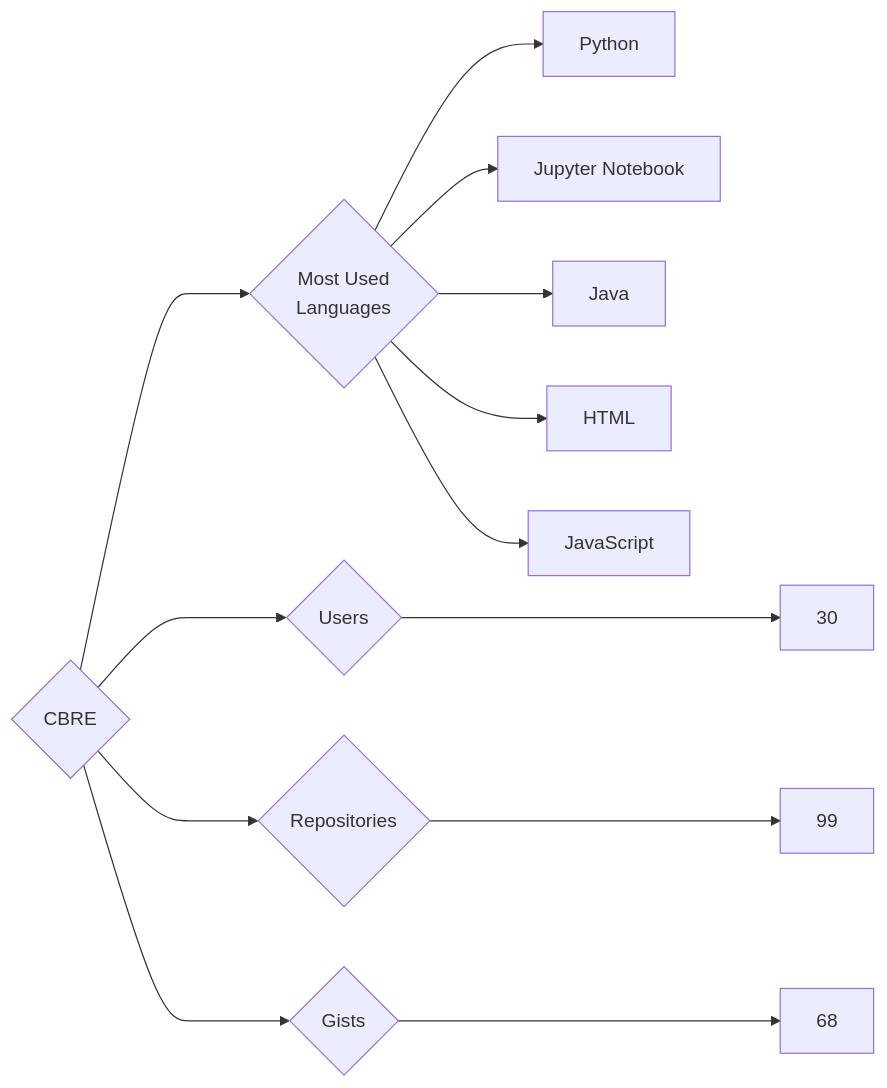
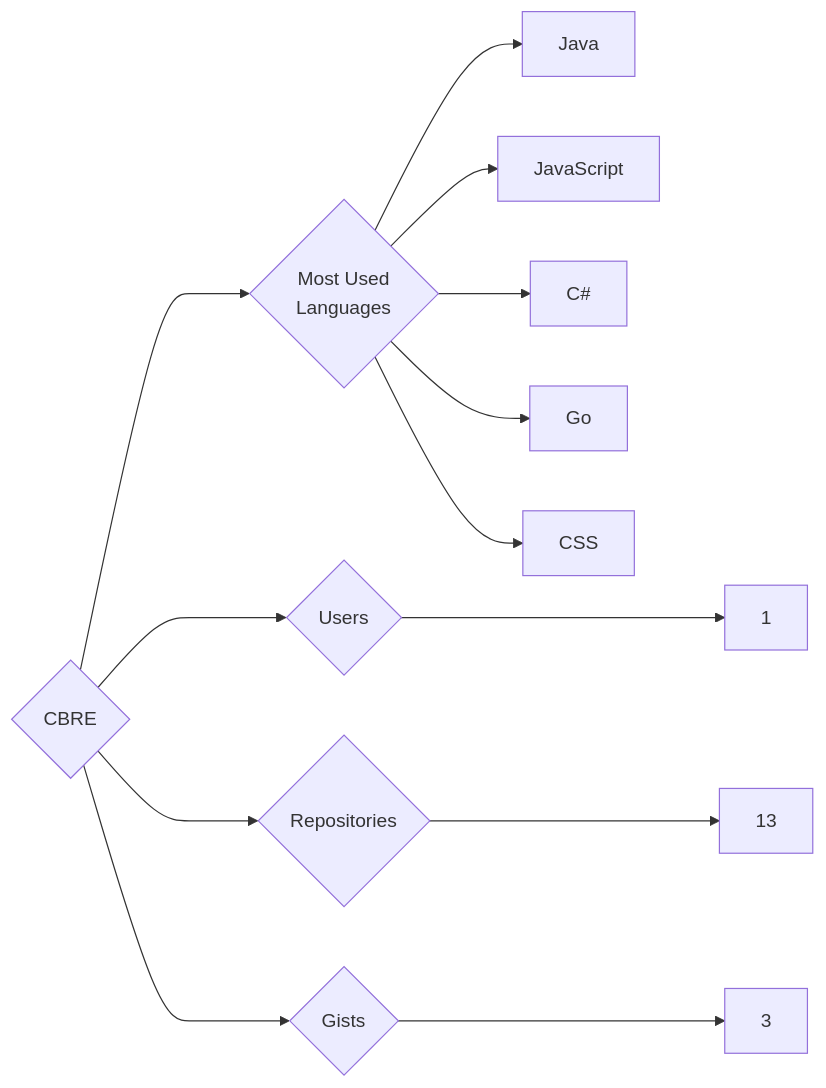
The diagram in targets/CBRE/README.md (trickest/insiders), drawn with Mermaid before and after one commit. The commit also changed 723 other files, not shown here.

````diff
--- a/targets/CBRE/README.md
+++ b/targets/CBRE/README.md
@@ -3,13 +3,13 @@
 ```mermaid
 graph LR
 COMPANY_NAME{CBRE}
-COMPANY_NAME ---> U{Users} ---> UN[30]
-COMPANY_NAME ---> R{Repositories} ---> RN[99]
-COMPANY_NAME ---> G{Gists} ---> GN[68]
+COMPANY_NAME ---> U{Users} ---> UN[1]
+COMPANY_NAME ---> R{Repositories} ---> RN[13]
+COMPANY_NAME ---> G{Gists} ---> GN[3]
 COMPANY_NAME ---> ML{Most Used<br>Languages}
-ML --> Python[Python]
-ML --> Jupyter_Notebook[Jupyter Notebook]
 ML --> Java[Java]
-ML --> HTML[HTML]
 ML --> JavaScript[JavaScript]
+ML --> C#[C#]
+ML --> Go[Go]
+ML --> CSS[CSS]
 ```
````
